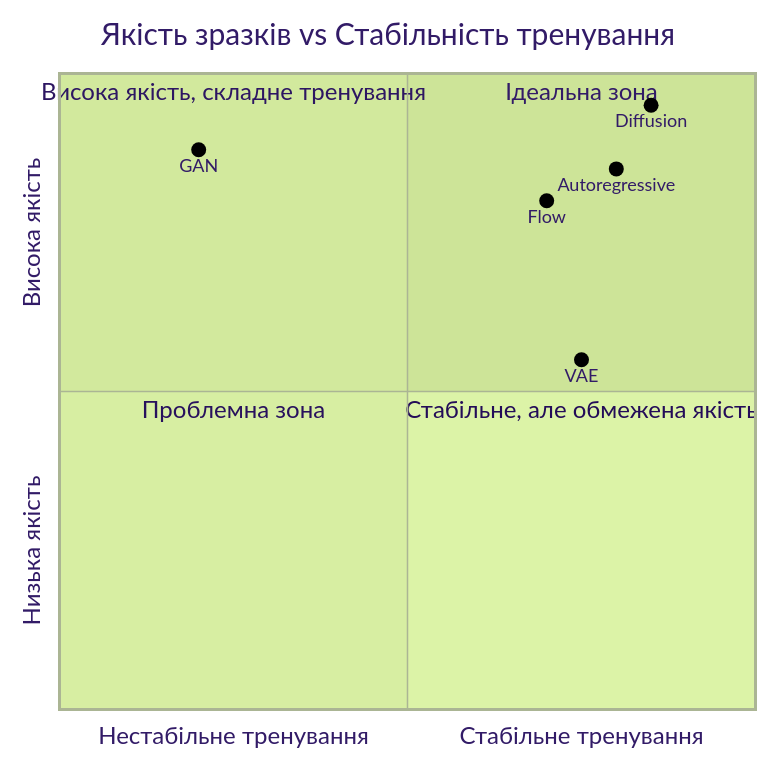
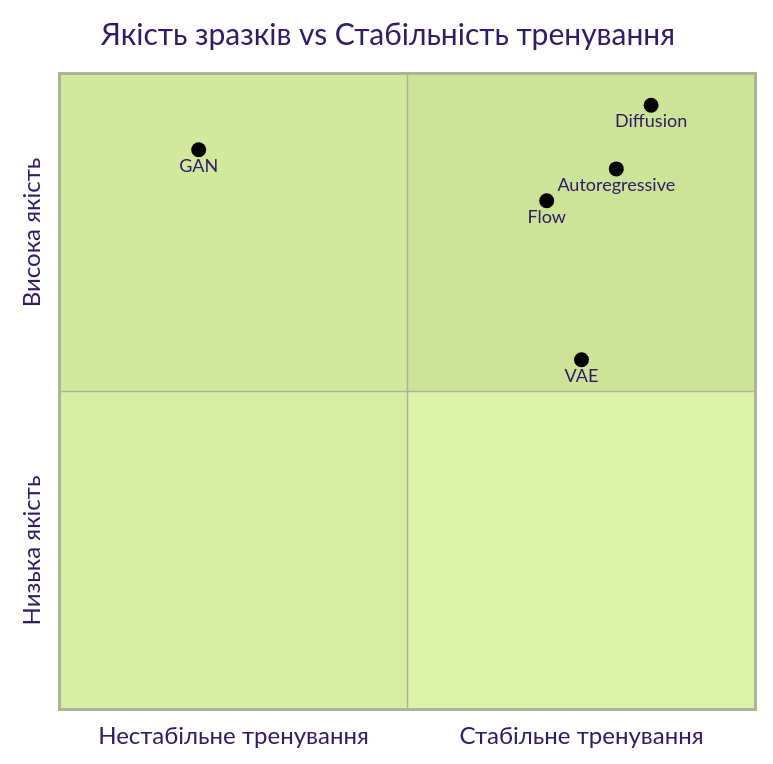
Before and after one commit to OlehVolkov/AlphaFold3-AIGen-KnowledgeBase: the fourth of 8 diagrams in UA/1. AlphaFold3/1.2. Архітектура/1.2.4. Дифузійні моделі — теорія та застосування.md, drawn with Mermaid (forest theme). The commit also changed other lines of this file and 15 other files, not shown here.

Commit message:
Updated images and diagrams handling

````diff
--- a/UA/1. AlphaFold3/1.2. Архітектура/1.2.4. Дифузійні моделі — теорія та застосування.md
+++ b/UA/1. AlphaFold3/1.2. Архітектура/1.2.4. Дифузійні моделі — теорія та застосування.md
@@ -172,15 +174,11 @@
 ```mermaid
 quadrantChart
     title Якість зразків vs Стабільність тренування
     x-axis "Нестабільне тренування" --> "Стабільне тренування"
     y-axis "Низька якість" --> "Висока якість"
-    quadrant-1 Ідеальна зона
-    quadrant-2 Висока якість, складне тренування
-    quadrant-3 Проблемна зона
-    quadrant-4 Стабільне, але обмежена якість
     Diffusion: [0.85, 0.95]
     Autoregressive: [0.80, 0.85]
     Flow: [0.70, 0.80]
     GAN: [0.20, 0.88]
     VAE: [0.75, 0.55]
 ```
````
